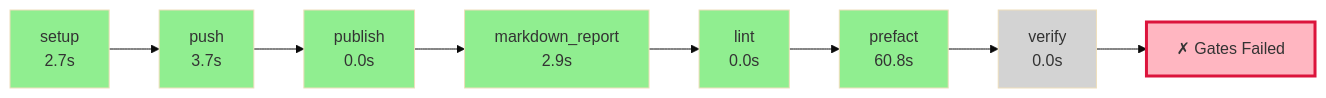
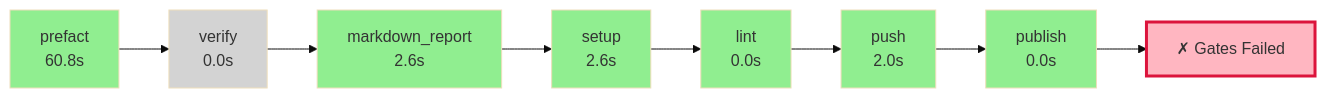
The diagram in .pyqual/report.md (wronai/fixos), drawn with Mermaid (base theme) before and after one commit. The commit also changed other lines of this file and 4 other files, not shown here.

````diff
--- a/.pyqual/report.md
+++ b/.pyqual/report.md
@@ -10,26 +10,26 @@
 ```mermaid
 flowchart LR
-    S0["setup<br/>2.7s"]
+    S0["prefact<br/>60.8s"]
     style S0 fill:#90EE90
-    S1["push<br/>3.7s"]
-    style S1 fill:#90EE90
+    S1["verify<br/>0.0s"]
+    style S1 fill:#D3D3D3
     S0 --> S1
-    S2["publish<br/>0.0s"]
+    S2["markdown_report<br/>2.6s"]
     style S2 fill:#90EE90
     S1 --> S2
-    S3["markdown_report<br/>2.9s"]
+    S3["setup<br/>2.6s"]
     style S3 fill:#90EE90
     S2 --> S3
     S4["lint<br/>0.0s"]
     style S4 fill:#90EE90
     S3 --> S4
-    S5["prefact<br/>60.8s"]
+    S5["push<br/>2.0s"]
     style S5 fill:#90EE90
     S4 --> S5
-    S6["verify<br/>0.0s"]
-    style S6 fill:#D3D3D3
+    S6["publish<br/>0.0s"]
+    style S6 fill:#90EE90
     S5 --> S6
     G["✗ Gates Failed"]
     style G fill:#FFB6C1,stroke:#DC143C,stroke-width:3px
     S6 --> G
 ```
````
